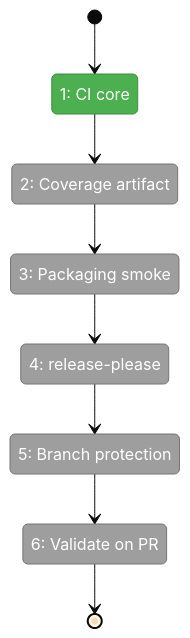
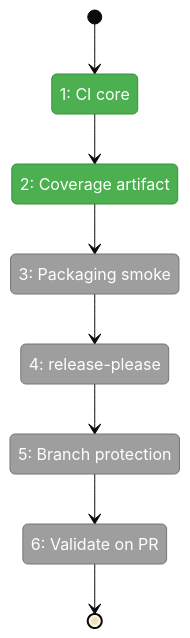
Before and after one commit to AI-Substrate/harness-engineering: the first of 2 diagrams in docs/plans/004-harness-core/tasks/phase-3-ci-release-automation-branch-protection/tasks.fltplan.md, drawn with Mermaid (base theme). The commit also changed other lines of this file and 3 other files, not shown here.

````diff
--- a/docs/plans/004-harness-core/tasks/phase-3-ci-release-automation-branch-protection/tasks.fltplan.md
+++ b/docs/plans/004-harness-core/tasks/phase-3-ci-release-automation-branch-protection/tasks.fltplan.md
@@ -38,25 +38,25 @@
 ```mermaid
 stateDiagram-v2
     classDef pending fill:#9E9E9E,stroke:#757575,color:#fff
     classDef active fill:#FFC107,stroke:#FFA000,color:#000
     classDef done fill:#4CAF50,stroke:#388E3C,color:#fff
     classDef blocked fill:#F44336,stroke:#D32F2F,color:#fff
 
     state "1: CI core" as S1
     state "2: Coverage artifact" as S2
     state "3: Packaging smoke" as S3
     state "4: release-please" as S4
     state "5: Branch protection" as S5
     state "6: Validate on PR" as S6
 
     [*] --> S1
     S1 --> S2
     S2 --> S3
     S3 --> S4
     S4 --> S5
     S5 --> S6
     S6 --> [*]
 
-    class S1 done
-    class S2,S3,S4,S5,S6 pending
+    class S1,S2 done
+    class S3,S4,S5,S6 pending
 ```
````
